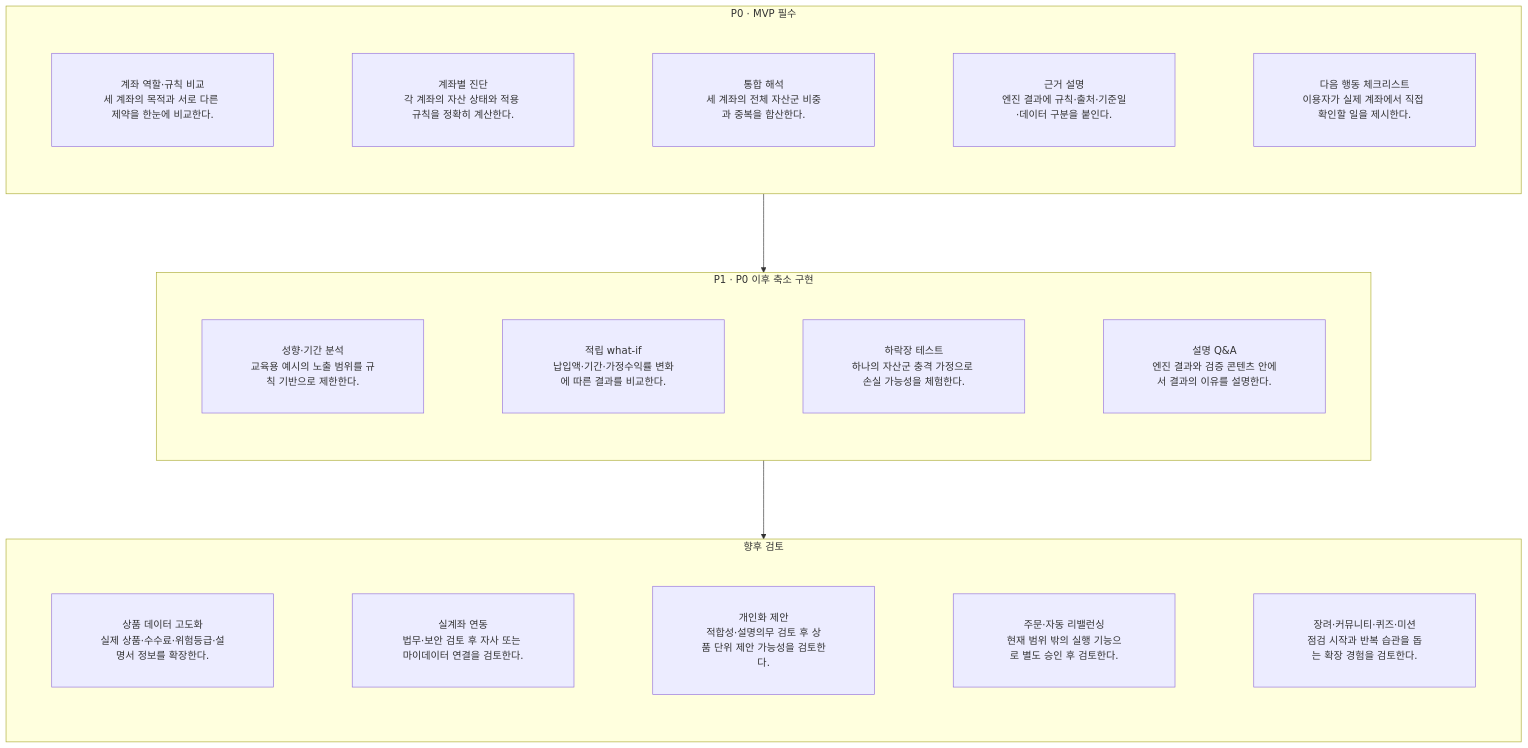
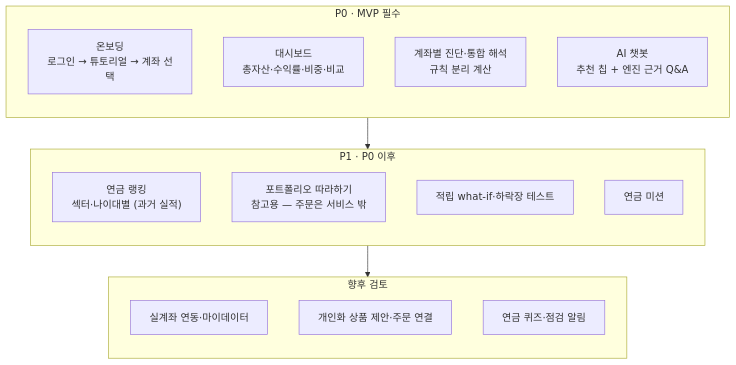
One commit to jyleo2k2/KDA-securities changed the third of 3 diagrams in docs/10_기획/화면_유저플로우.md. Above: the diagram before and after it, drawn with Mermaid. The commit also changed other lines of this file and 5 other files, not shown here.

First line of the commit message:
docs: 자문·정보 제공형 정합화 1차 — 헌장·README·플로우·확장아이디어

````diff
--- a/docs/10_기획/화면_유저플로우.md
+++ b/docs/10_기획/화면_유저플로우.md
@@ -107,31 +113,27 @@
 ```mermaid
-%%{init: { "flowchart": { "padding": 38, "nodeSpacing": 125, "rankSpacing": 125, "inheritDir": true } } }%%
 flowchart TB
     subgraph P0["P0 · MVP 필수"]
         direction TB
-        A1["계좌 역할·규칙 비교<br/>세 계좌의 목적과 서로 다른 제약을 한눈에 비교한다."]
-        A2["계좌별 진단<br/>각 계좌의 자산 상태와 적용 규칙을 정확히 계산한다."]
-        A3["통합 해석<br/>세 계좌의 전체 자산군 비중과 중복을 합산한다."]
-        A4["근거 설명<br/>엔진 결과에 규칙·출처·기준일·데이터 구분을 붙인다."]
-        A5["다음 행동 체크리스트<br/>이용자가 실제 계좌에서 직접 확인할 일을 제시한다."]
+        A1["온보딩<br/>로그인 → 튜토리얼 → 계좌 선택"]
+        A2["대시보드<br/>총자산·수익률·비중·비교"]
+        A3["계좌별 진단·통합 해석<br/>규칙 분리 계산"]
+        A4["AI 챗봇<br/>추천 칩 + 엔진 근거 Q&A"]
     end
 
-    subgraph P1["P1 · P0 이후 축소 구현"]
+    subgraph P1["P1 · P0 이후"]
         direction TB
-        B1["성향·기간 분석<br/>교육용 예시의 노출 범위를 규칙 기반으로 제한한다."]
-        B2["적립 what-if<br/>납입액·기간·가정수익률 변화에 따른 결과를 비교한다."]
-        B3["하락장 테스트<br/>하나의 자산군 충격 가정으로 손실 가능성을 체험한다."]
-        B4["설명 Q&A<br/>엔진 결과와 검증 콘텐츠 안에서 결과의 이유를 설명한다."]
+        B1["연금 랭킹<br/>섹터·나이대별 (과거 실적)"]
+        B2["포트폴리오 따라하기<br/>참고용 — 주문은 서비스 밖"]
+        B3["적립 what-if·하락장 테스트"]
+        B4["연금 미션"]
     end
 
     subgraph FUTURE["향후 검토"]
         direction TB
-        C1["상품 데이터 고도화<br/>실제 상품·수수료·위험등급·설명서 정보를 확장한다."]
-        C2["실계좌 연동<br/>법무·보안 검토 후 자사 또는 마이데이터 연결을 검토한다."]
-        C3["개인화 제안<br/>적합성·설명의무 검토 후 상품 단위 제안 가능성을 검토한다."]
-        C4["주문·자동 리밸런싱<br/>현재 범위 밖의 실행 기능으로 별도 승인 후 검토한다."]
-        C5["장려·커뮤니티·퀴즈·미션<br/>점검 시작과 반복 습관을 돕는 확장 경험을 검토한다."]
+        C1["실계좌 연동·마이데이터"]
+        C2["개인화 상품 제안·주문 연결"]
+        C3["연금 퀴즈·점검 알림"]
     end
 
     P0 --> P1 --> FUTURE
 ```
````
